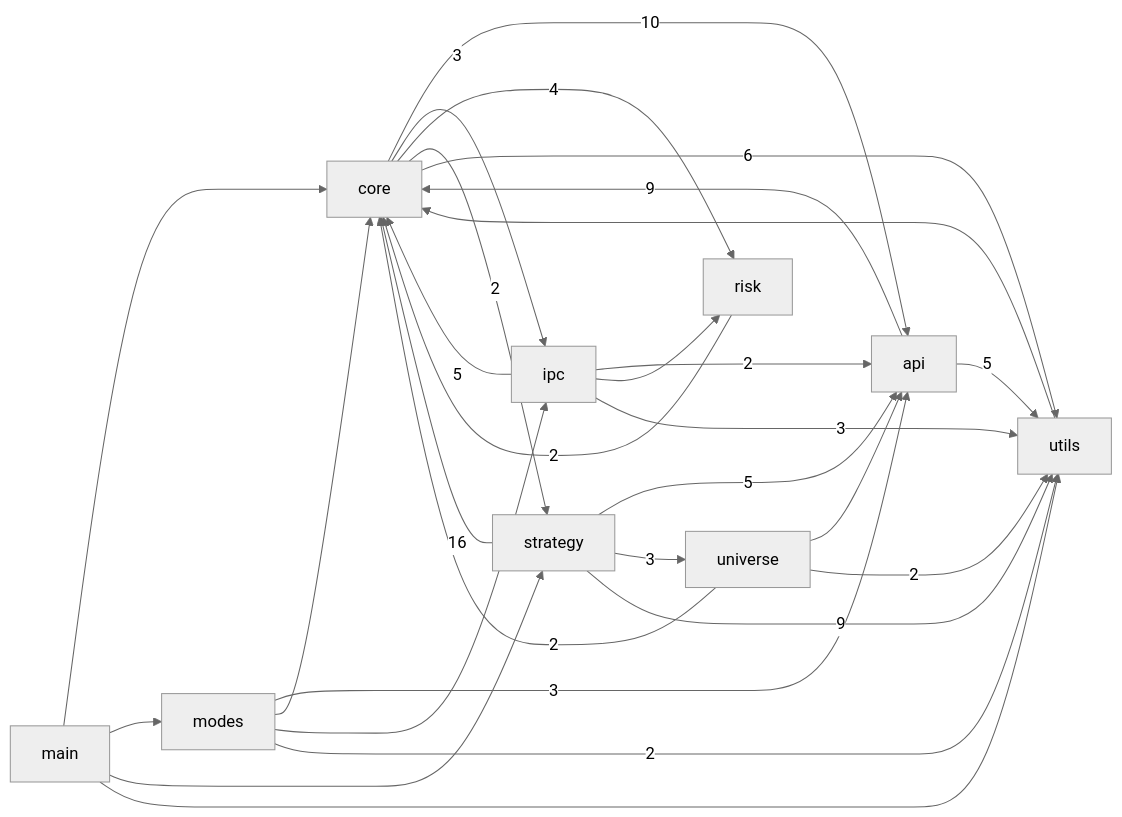
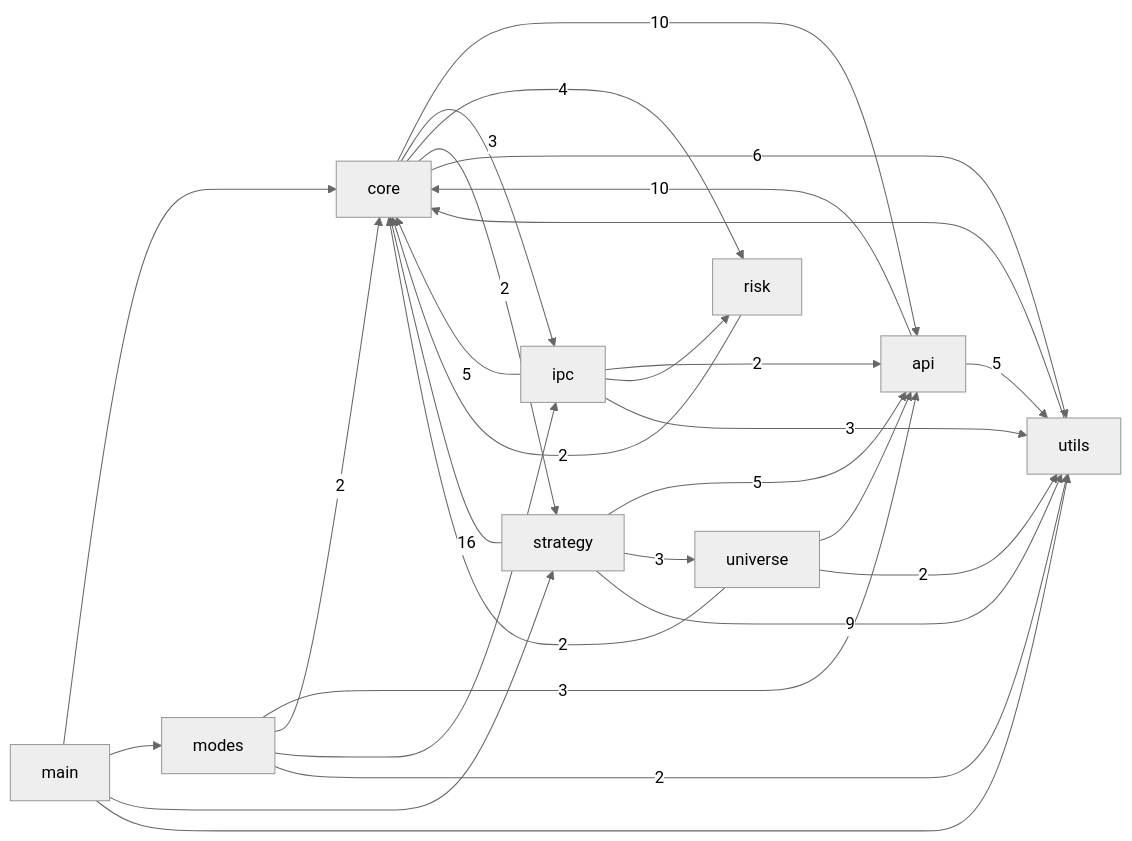
One commit to pypy8171/Quant changed the first of 3 diagrams in docs/CODE_GRAPH.md. Above: the diagram before and after it, drawn with Mermaid (neutral theme). The commit also changed other lines of this file and 29 other files, not shown here.

````diff
--- a/docs/CODE_GRAPH.md
+++ b/docs/CODE_GRAPH.md
@@ -10,40 +10,40 @@
 ```mermaid
 graph LR
   main[main]
   modes[modes]
   core[core]
   strategy[strategy]
   api[api]
   universe[universe]
   risk[risk]
   ipc[ipc]
   utils[utils]
-  api -->|9| core
+  api -->|10| core
   api -->|5| utils
   core -->|10| api
   core -->|3| ipc
   core -->|4| risk
   core -->|2| strategy
   core -->|6| utils
   ipc -->|2| api
   ipc -->|5| core
   ipc --> risk
   ipc -->|3| utils
   main --> core
   main --> modes
   main --> strategy
   main --> utils
   modes -->|3| api
-  modes --> core
+  modes -->|2| core
   modes --> ipc
   modes -->|2| utils
   risk -->|2| core
   strategy -->|5| api
   strategy -->|16| core
   strategy -->|3| universe
   strategy -->|9| utils
   universe --> api
   universe -->|2| core
   universe -->|2| utils
   utils --> core
 ```
````
